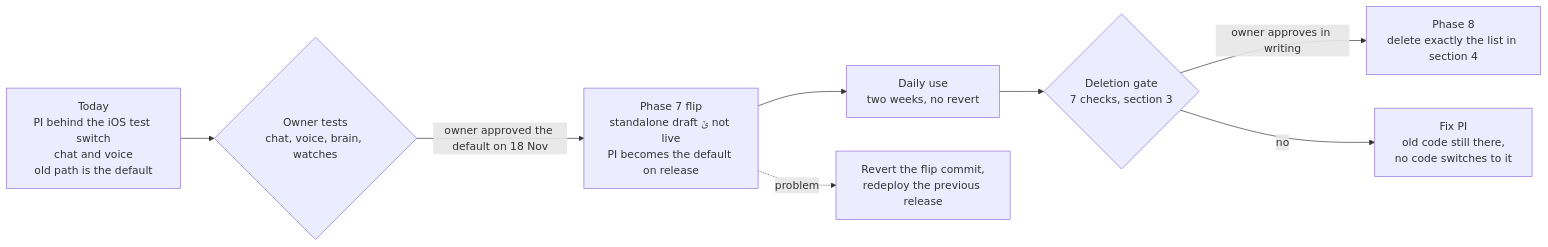
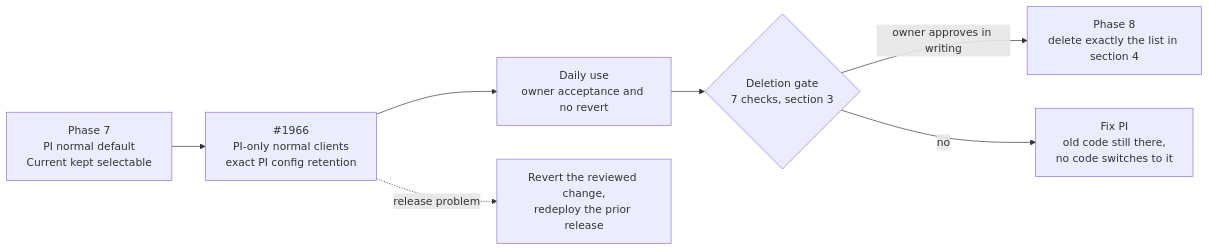
The diagram in docs/pi/cutover.md (DanAakesen/jarvis), drawn with Mermaid before and after one commit. The commit also changed other lines of this file and 114 other files, not shown here.

````diff
--- a/docs/pi/cutover.md
+++ b/docs/pi/cutover.md
@@ -5,10 +5,9 @@
 ```mermaid
 flowchart LR
-    T["Today<br/>PI behind the iOS test switch<br/>chat and voice<br/>old path is the default"] --> C1{"Owner tests<br/>chat, voice, brain, watches"}
-    C1 -->|"owner approved the default on 18 Nov"| F["Phase 7 flip<br/>standalone draft #1910; not live<br/>PI becomes the default on release"]
-    F --> D["Daily use<br/>two weeks, no revert"]
+    T["Phase 7<br/>PI normal default<br/>Current kept selectable"] --> C1["#1966\nPI-only normal clients\nexact PI config retention"]
+    C1 --> D["Daily use<br/>owner acceptance and no revert"]
     D --> G{"Deletion gate<br/>7 checks, section 3"}
     G -->|"owner approves in writing"| X["Phase 8<br/>delete exactly the list in section 4"]
     G -->|"no"| R["Fix PI<br/>old code still there,<br/>no code switches to it"]
-    F -. "problem" .-> B["Revert the flip commit,<br/>redeploy the previous release"]
+    C1 -. "release problem" .-> B["Revert the reviewed change,<br/>redeploy the prior release"]
 ```
````
